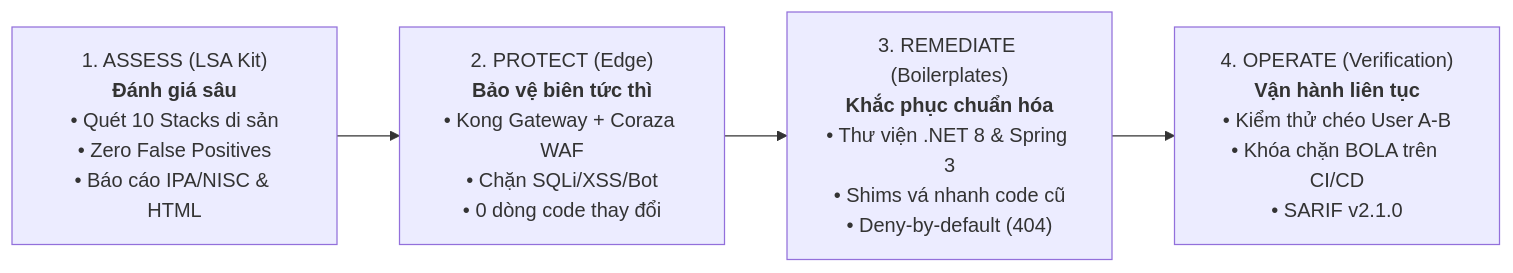
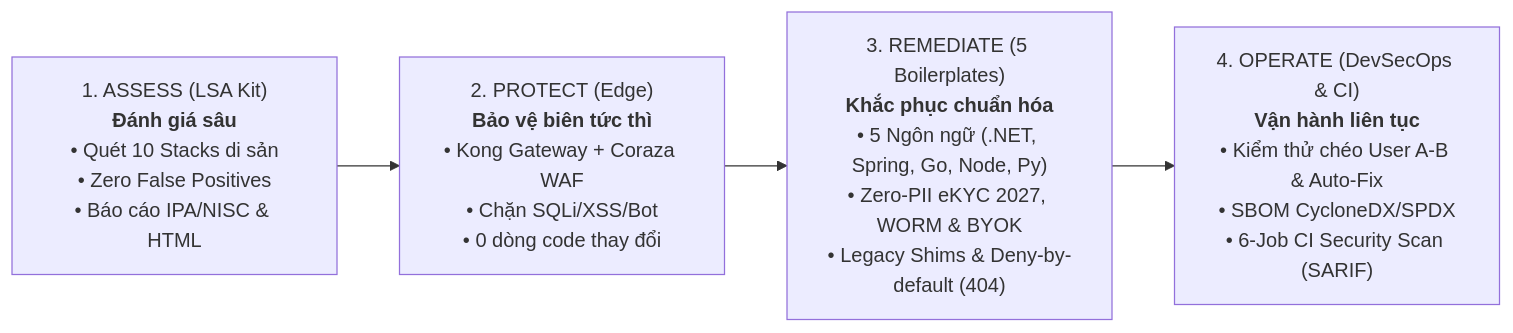
One commit to hoanghainh1188/komagu changed the second of 2 diagrams in docs/pitching-deck-sales-enablement-kit.md. Above: the diagram before and after it, drawn with Mermaid. The commit also changed other lines of this file and 3 other files, not shown here.

First line of the commit message:
docs: align README, pitch deck and proposal with all 5 boilerplates and CI security scan (#233)

````diff
--- a/docs/pitching-deck-sales-enablement-kit.md
+++ b/docs/pitching-deck-sales-enablement-kit.md
@@ -94,9 +94,9 @@
 ```mermaid
 flowchart LR
     A["1. ASSESS (LSA Kit)<br/><b>Đánh giá sâu</b><br/>• Quét 10 Stacks di sản<br/>• Zero False Positives<br/>• Báo cáo IPA/NISC & HTML"]
     P["2. PROTECT (Edge)<br/><b>Bảo vệ biên tức thì</b><br/>• Kong Gateway + Coraza WAF<br/>• Chặn SQLi/XSS/Bot<br/>• 0 dòng code thay đổi"]
-    R["3. REMEDIATE (Boilerplates)<br/><b>Khắc phục chuẩn hóa</b><br/>• Thư viện .NET 8 & Spring 3<br/>• Shims vá nhanh code cũ<br/>• Deny-by-default (404)"]
-    O["4. OPERATE (Verification)<br/><b>Vận hành liên tục</b><br/>• Kiểm thử chéo User A-B<br/>• Khóa chặn BOLA trên CI/CD<br/>• SARIF v2.1.0"]
+    R["3. REMEDIATE (5 Boilerplates)<br/><b>Khắc phục chuẩn hóa</b><br/>• 5 Ngôn ngữ (.NET, Spring, Go, Node, Py)<br/>• Zero-PII eKYC 2027, WORM & BYOK<br/>• Legacy Shims & Deny-by-default (404)"]
+    O["4. OPERATE (DevSecOps & CI)<br/><b>Vận hành liên tục</b><br/>• Kiểm thử chéo User A-B & Auto-Fix<br/>• SBOM CycloneDX/SPDX<br/>• 6-Job CI Security Scan (SARIF)"]
 
     A --> P --> R --> O
 ```
````
